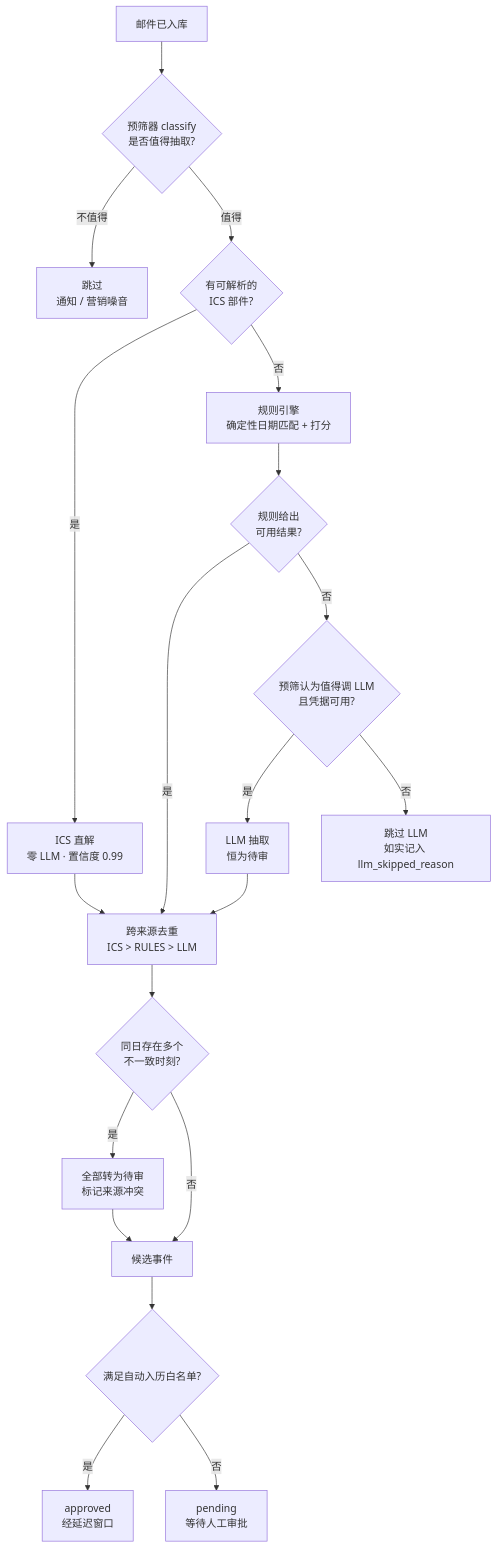
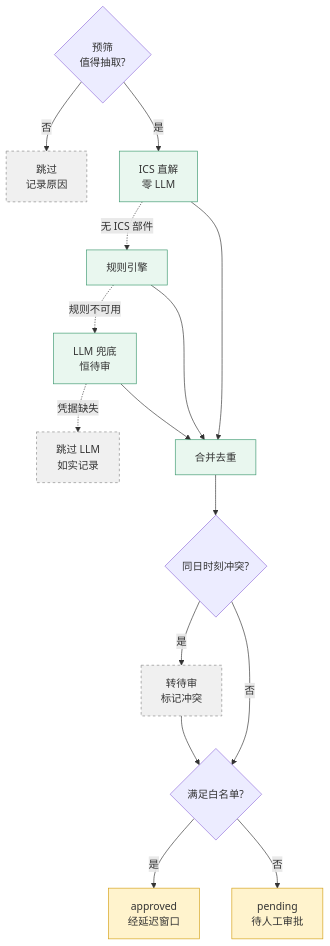
The third of 7 diagrams in README.md (GoingFall/auto-mail), drawn with Mermaid before and after one commit. The commit also changed other lines of this file, not shown here.

First line of the commit message:
README: 按 mermaid-readability 规则重做全部图表

````diff
--- a/README.md
+++ b/README.md
@@ -200,26 +215,37 @@
 ```mermaid
 flowchart TB
-    START["邮件已入库"] --> PF{"预筛器 classify<br/>是否值得抽取?"}
-    PF -->|"不值得"| SKIPPF["跳过<br/>通知 / 营销噪音"]
-    PF -->|"值得"| HICS{"有可解析的<br/>ICS 部件?"}
+    PF{"预筛<br/>值得抽取?"}
+    SKIP["跳过<br/>记录原因"]
+    ICS["ICS 直解<br/>零 LLM"]
+    RULE["规则引擎"]
+    LLM["LLM 兜底<br/>恒待审"]
+    SKIPLLM["跳过 LLM<br/>如实记录"]
+    MERGE["合并去重"]
+    CONFL{"同日时刻冲突?"}
+    PEND["转待审<br/>标记冲突"]
+    WL{"满足白名单?"}
+    AUTO["approved<br/>经延迟窗口"]
+    MAN["pending<br/>待人工审批"]
 
-    HICS -->|"是"| ICSRES["ICS 直解<br/>零 LLM · 置信度 0.99"]
-    HICS -->|"否"| RULES["规则引擎<br/>确定性日期匹配 + 打分"]
+    PF -->|"否"| SKIP
+    PF -->|"是"| ICS
+    ICS -.->|"无 ICS 部件"| RULE
+    RULE -.->|"规则不可用"| LLM
+    LLM -.->|"凭据缺失"| SKIPLLM
+    ICS --> MERGE
+    RULE --> MERGE
+    LLM --> MERGE
+    MERGE --> CONFL
+    CONFL -->|"是"| PEND
+    CONFL -->|"否"| WL
+    PEND --> WL
+    WL -->|"是"| AUTO
+    WL -->|"否"| MAN
 
-    RULES --> USABLE{"规则给出<br/>可用结果?"}
-    USABLE -->|"是"| MERGE
-    USABLE -->|"否"| ASKLLM{"预筛认为值得调 LLM<br/>且凭据可用?"}
-    ASKLLM -->|"是"| LLMRES["LLM 抽取<br/>恒为待审"]
-    ASKLLM -->|"否"| SKIPLLM["跳过 LLM<br/>如实记入 llm_skipped_reason"]
-
-    ICSRES --> MERGE["跨来源去重<br/>ICS > RULES > LLM"]
-    LLMRES --> MERGE
-    MERGE --> CONFL{"同日存在多个<br/>不一致时刻?"}
-    CONFL -->|"是"| FORCE["全部转为待审<br/>标记来源冲突"]
-    CONFL -->|"否"| CAND
-    FORCE --> CAND["候选事件"]
-
-    CAND --> WL{"满足自动入历白名单?"}
-    WL -->|"是"| AUTO["approved<br/>经延迟窗口"]
-    WL -->|"否"| MANUAL["pending<br/>等待人工审批"]
+    classDef svc fill:#e9f7ef,stroke:#3d9970
+    classDef skip fill:#f0f0f0,stroke:#888,stroke-dasharray:4
+    classDef store fill:#fff3cd,stroke:#d4a017
+    class ICS,RULE,LLM,MERGE svc
+    class SKIP,SKIPLLM,PEND skip
+    class AUTO,MAN store
 ```
````
